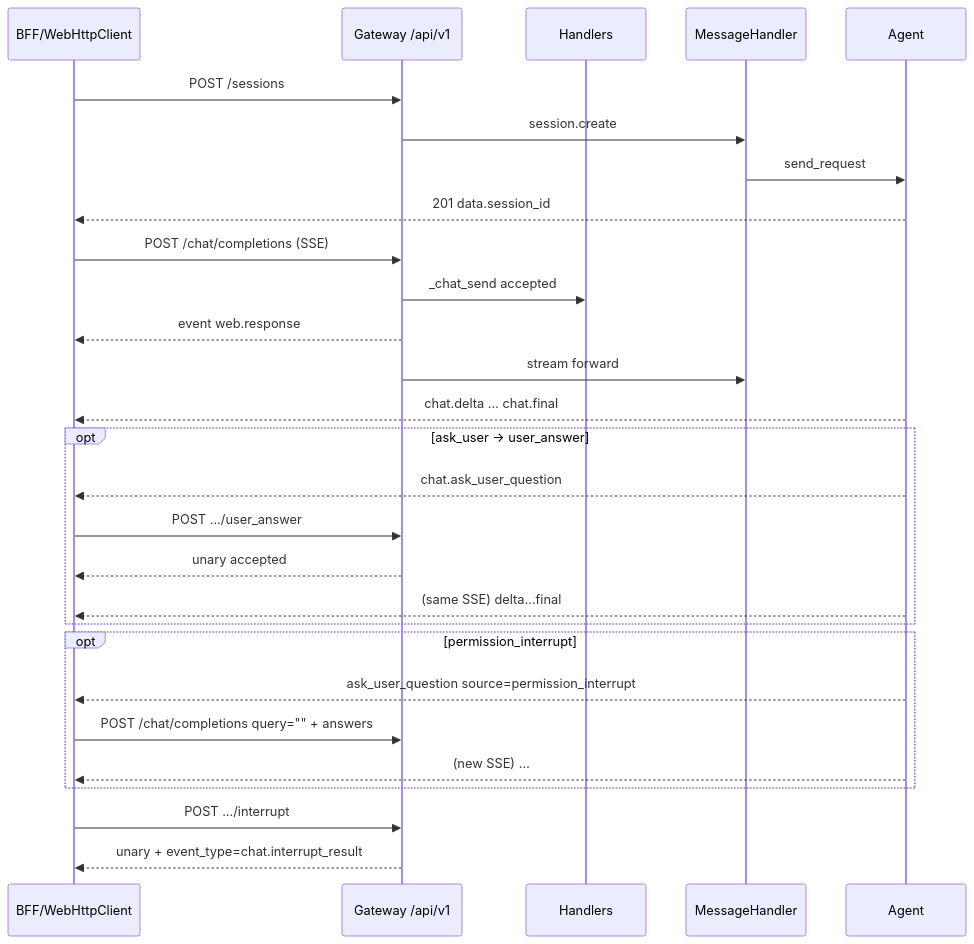
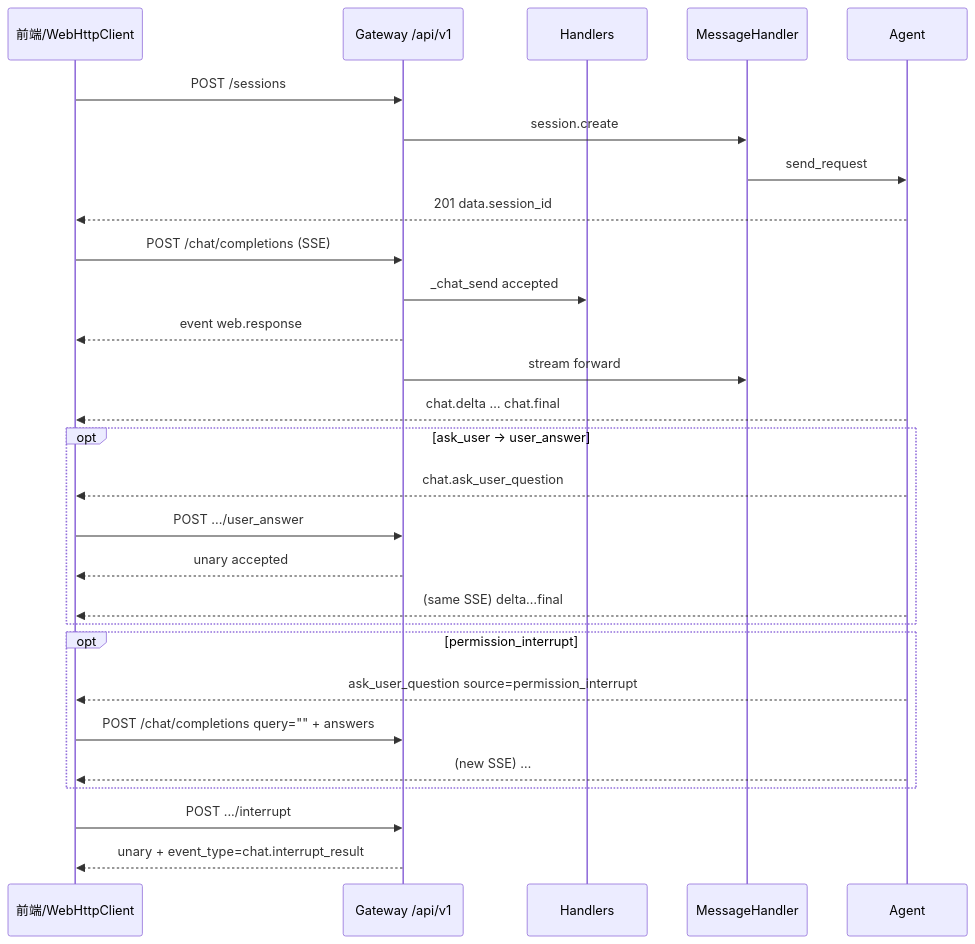
Before and after one commit to chang-enoch/jiuwenswarm: the second of 2 diagrams in docs/zh/Gateway Http接口文档.md, drawn with Mermaid. The commit also changed other lines of this file and 4 other files, not shown here.

````diff
--- a/docs/zh/Gateway Http接口文档.md
+++ b/docs/zh/Gateway Http接口文档.md
@@ -1460,35 +1462,35 @@
 ```mermaid
 sequenceDiagram
-  participant BFF as BFF/WebHttpClient
+  participant Client as 前端/WebHttpClient
   participant GW as Gateway /api/v1
   participant H as Handlers
   participant MH as MessageHandler
   participant AG as Agent
 
-  BFF->>GW: POST /sessions
+  Client->>GW: POST /sessions
   GW->>MH: session.create
   MH->>AG: send_request
-  AG-->>BFF: 201 data.session_id
+  AG-->>Client: 201 data.session_id
 
-  BFF->>GW: POST /chat/completions (SSE)
+  Client->>GW: POST /chat/completions (SSE)
   GW->>H: _chat_send accepted
-  GW-->>BFF: event web.response
+  GW-->>Client: event web.response
   GW->>MH: stream forward
-  AG-->>BFF: chat.delta … chat.final
+  AG-->>Client: chat.delta … chat.final
 
   opt ask_user → user_answer
-    AG-->>BFF: chat.ask_user_question
-    BFF->>GW: POST .../user_answer
-    GW-->>BFF: unary accepted
-    AG-->>BFF: (same SSE) delta…final
+    AG-->>Client: chat.ask_user_question
+    Client->>GW: POST .../user_answer
+    GW-->>Client: unary accepted
+    AG-->>Client: (same SSE) delta…final
   end
 
   opt permission_interrupt
-    AG-->>BFF: ask_user_question source=permission_interrupt
-    BFF->>GW: POST /chat/completions query="" + answers
-    AG-->>BFF: (new SSE) …
+    AG-->>Client: ask_user_question source=permission_interrupt
+    Client->>GW: POST /chat/completions query="" + answers
+    AG-->>Client: (new SSE) …
   end
 
-  BFF->>GW: POST .../interrupt
-  GW-->>BFF: unary + event_type=chat.interrupt_result
+  Client->>GW: POST .../interrupt
+  GW-->>Client: unary + event_type=chat.interrupt_result
 ```
````
